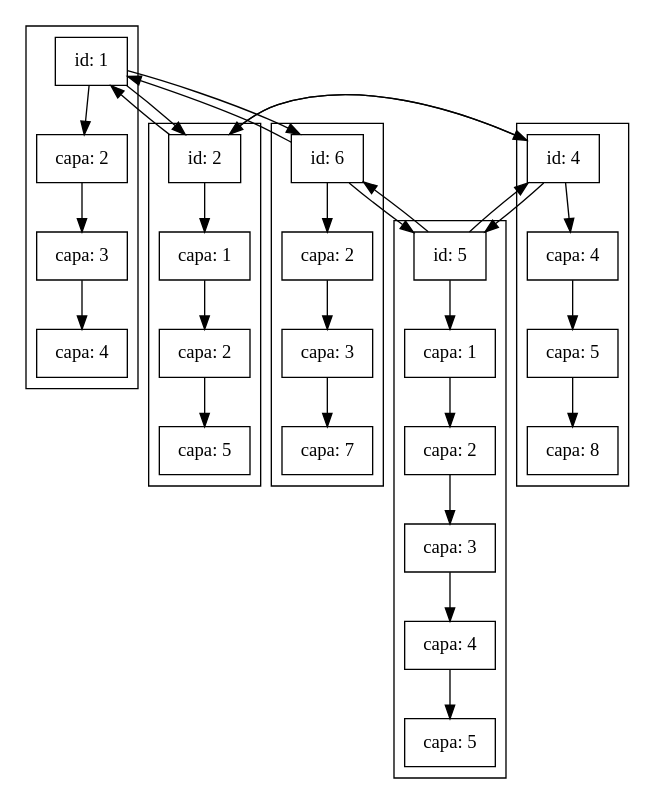
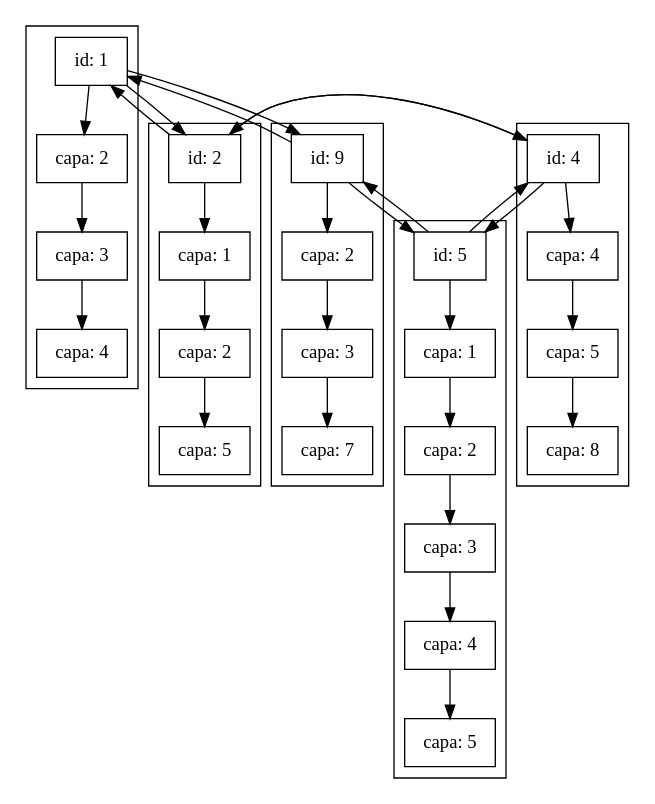
One commit to froi0409/GeneradorImagenes changed the diagram in GeneradorFiguras/ListaImagenes.dot. Above: the diagram before and after it, drawn with Graphviz. The commit also changed 4 other files, not shown here.

```diff
--- a/GeneradorFiguras/ListaImagenes.dot
+++ b/GeneradorFiguras/ListaImagenes.dot
@@ -1,50 +1,50 @@
 digraph arbol {
 node [shape = record]
 subgraph cluster_1 {
 nodo1 [ label ="id: 1"];
 capa1o2 [ label ="capa: 2"];
 capa1o3 [ label ="capa: 3"];
 capa1o4 [ label ="capa: 4"];
 nodo1->capa1o2->capa1o3->capa1o4
 }
 subgraph cluster_2 {
 nodo2 [ label ="id: 2"];
 capa2o1 [ label ="capa: 1"];
 capa2o2 [ label ="capa: 2"];
 capa2o5 [ label ="capa: 5"];
 nodo2->capa2o1->capa2o2->capa2o5
 }
 subgraph cluster_3 {
 nodo4 [ label ="id: 4"];
 capa4o4 [ label ="capa: 4"];
 capa4o5 [ label ="capa: 5"];
 capa4o8 [ label ="capa: 8"];
 nodo4->capa4o4->capa4o5->capa4o8
 }
 subgraph cluster_4 {
 nodo5 [ label ="id: 5"];
 capa5o1 [ label ="capa: 1"];
 capa5o2 [ label ="capa: 2"];
 capa5o3 [ label ="capa: 3"];
 capa5o4 [ label ="capa: 4"];
 capa5o5 [ label ="capa: 5"];
 nodo5->capa5o1->capa5o2->capa5o3->capa5o4->capa5o5
 }
 subgraph cluster_5 {
-nodo6 [ label ="id: 6"];
-capa6o2 [ label ="capa: 2"];
-capa6o3 [ label ="capa: 3"];
-capa6o7 [ label ="capa: 7"];
-nodo6->capa6o2->capa6o3->capa6o7
+nodo9 [ label ="id: 9"];
+capa9o2 [ label ="capa: 2"];
+capa9o3 [ label ="capa: 3"];
+capa9o7 [ label ="capa: 7"];
+nodo9->capa9o2->capa9o3->capa9o7
 }
 nodo1->nodo2
-nodo1->nodo6
+nodo1->nodo9
 nodo2->nodo4
 nodo2->nodo1
 nodo4->nodo5
 nodo4->nodo2
-nodo5->nodo6
+nodo5->nodo9
 nodo5->nodo4
-nodo6->nodo1
-nodo6->nodo5
+nodo9->nodo1
+nodo9->nodo5
 }
```
